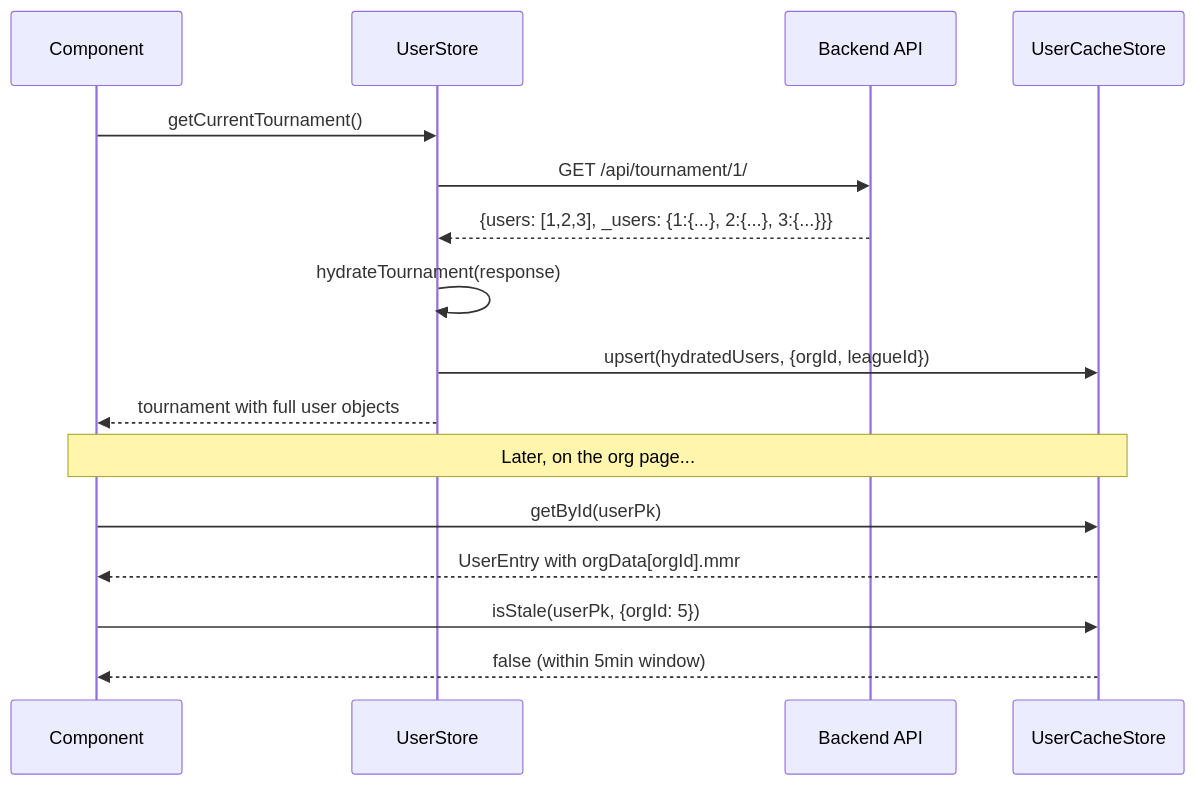
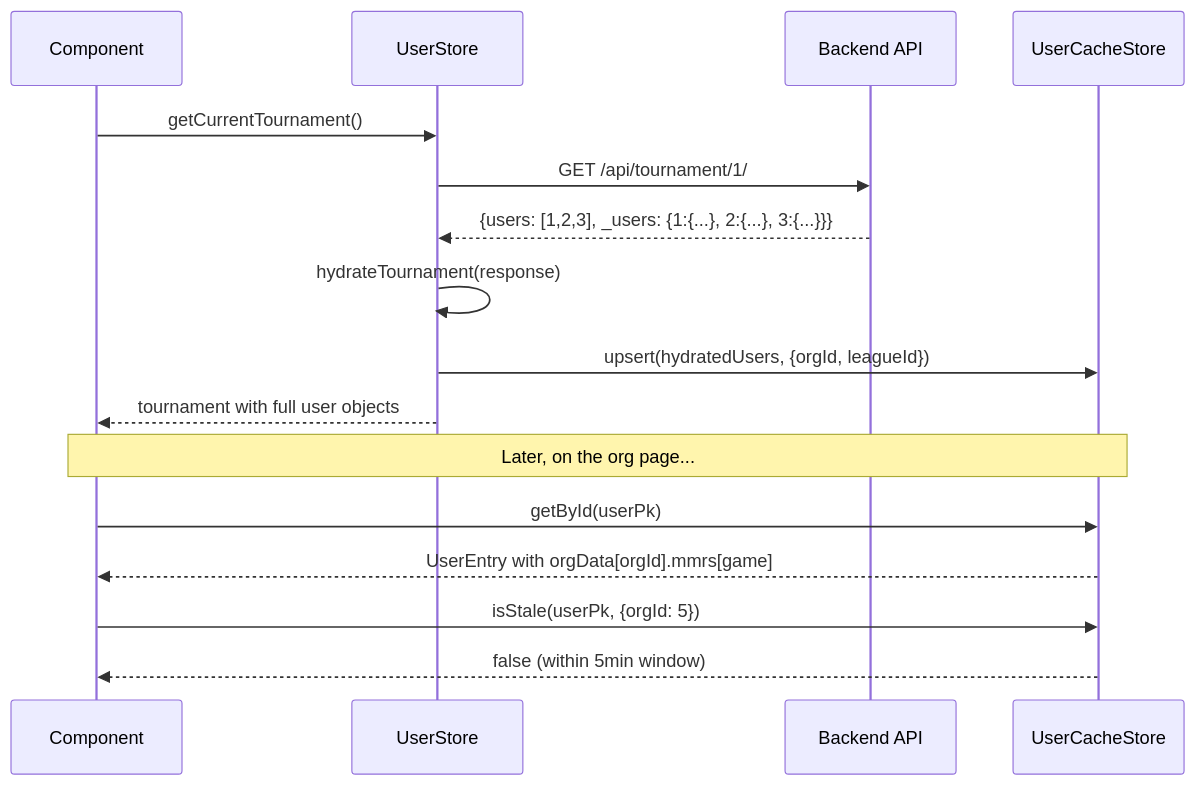
Before and after one commit to kettleofketchup/DraftForge: the second of 2 diagrams in docs/architecture/user-entity-cache.md, drawn with Mermaid. The commit also changed other lines of this file and 18 other files, not shown here.

Commit message:
docs(org): document per-game org MMR and upgrade steps

````diff
--- a/docs/architecture/user-entity-cache.md
+++ b/docs/architecture/user-entity-cache.md
@@ -364,20 +394,20 @@
 ```mermaid
 sequenceDiagram
     participant C as Component
     participant S as UserStore
     participant API as Backend API
     participant Cache as UserCacheStore
 
     C->>S: getCurrentTournament()
     S->>API: GET /api/tournament/1/
     API-->>S: {users: [1,2,3], _users: {1:{...}, 2:{...}, 3:{...}}}
     S->>S: hydrateTournament(response)
     S->>Cache: upsert(hydratedUsers, {orgId, leagueId})
     S-->>C: tournament with full user objects
 
     Note over C,Cache: Later, on the org page...
     C->>Cache: getById(userPk)
-    Cache-->>C: UserEntry with orgData[orgId].mmr
+    Cache-->>C: UserEntry with orgData[orgId].mmrs[game]
     C->>Cache: isStale(userPk, {orgId: 5})
     Cache-->>C: false (within 5min window)
 ```
````
